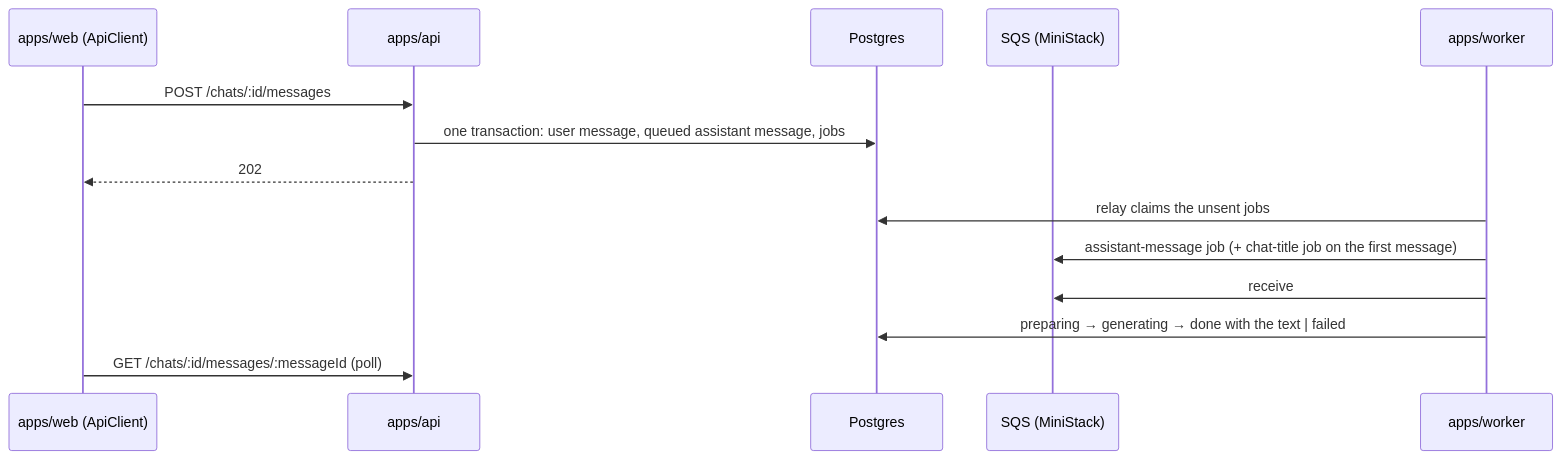
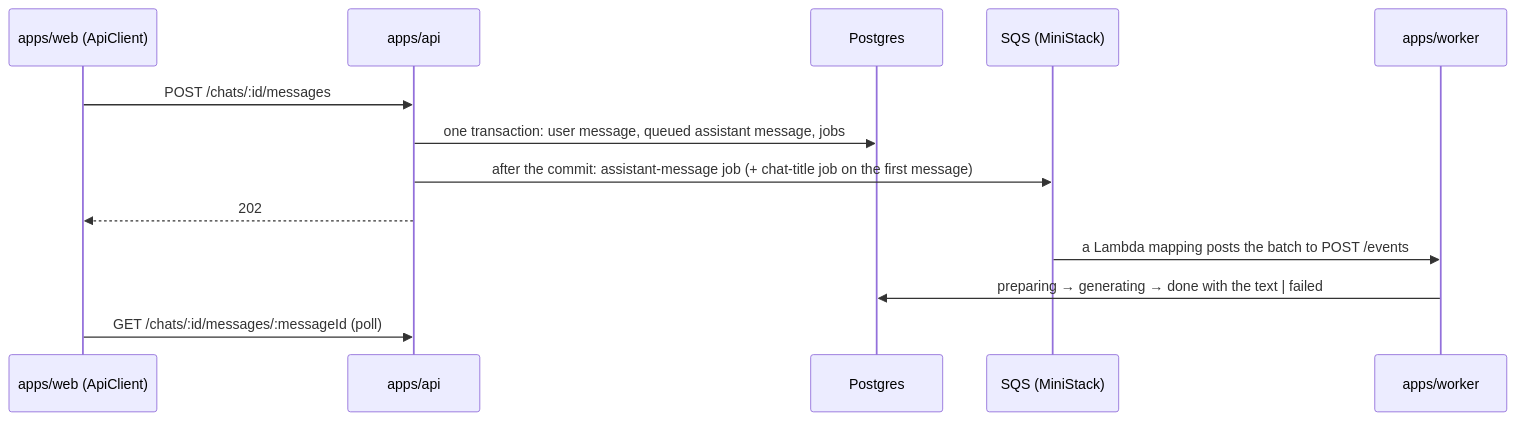
The first of 3 diagrams in README.md (khotei/app-template), drawn with Mermaid before and after one commit. The commit also changed other lines of this file and 5 other files, not shown here.

````diff
--- a/README.md
+++ b/README.md
@@ -30,16 +31,15 @@
 ```mermaid
 sequenceDiagram
   participant W as apps/web (ApiClient)
   participant A as apps/api
   participant S as Postgres
   participant Q as SQS (MiniStack)
   participant K as apps/worker
   W->>A: POST /chats/:id/messages
   A->>S: one transaction: user message, queued assistant message, jobs
+  A->>Q: after the commit: assistant-message job (+ chat-title job on the first message)
   A-->>W: 202
-  K->>S: relay claims the unsent jobs
-  K->>Q: assistant-message job (+ chat-title job on the first message)
-  K->>Q: receive
+  Q->>K: a Lambda mapping posts the batch to POST /events
   K->>S: preparing → generating → done with the text | failed
   W->>A: GET /chats/:id/messages/:messageId (poll)
 ```
````
